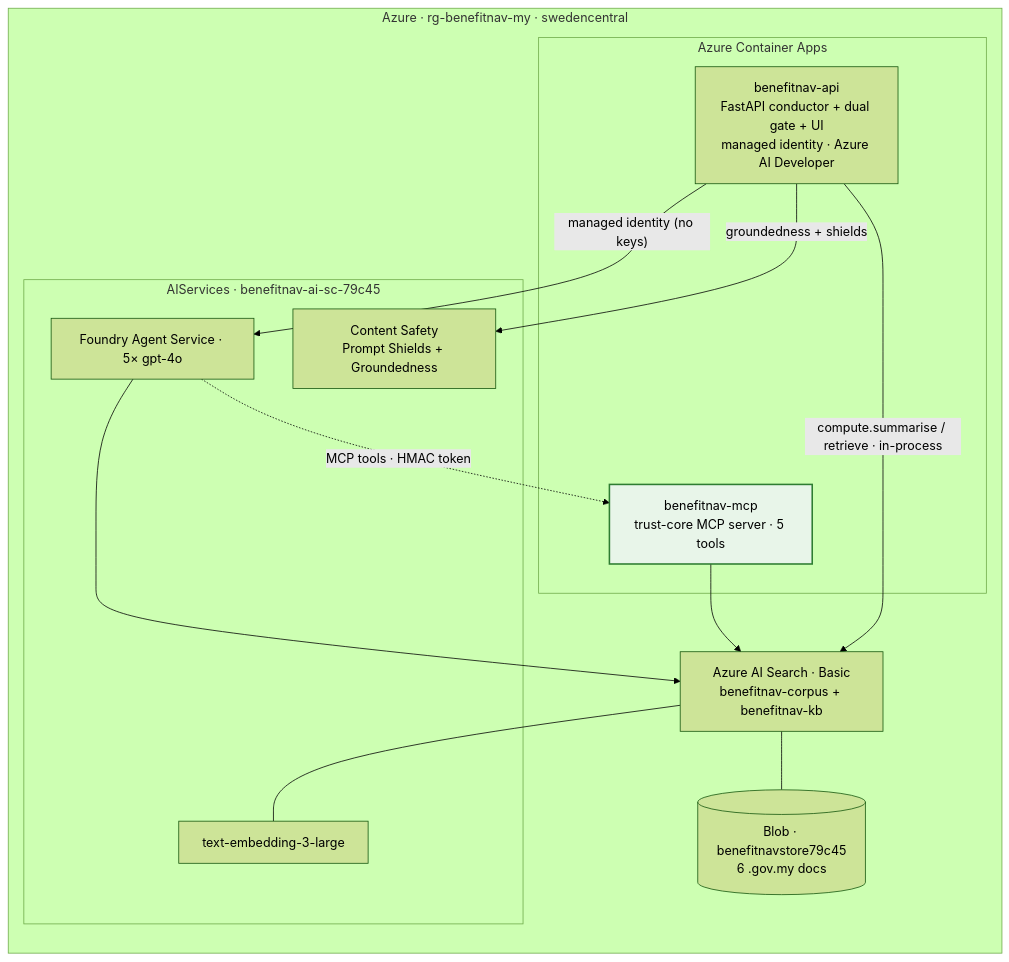
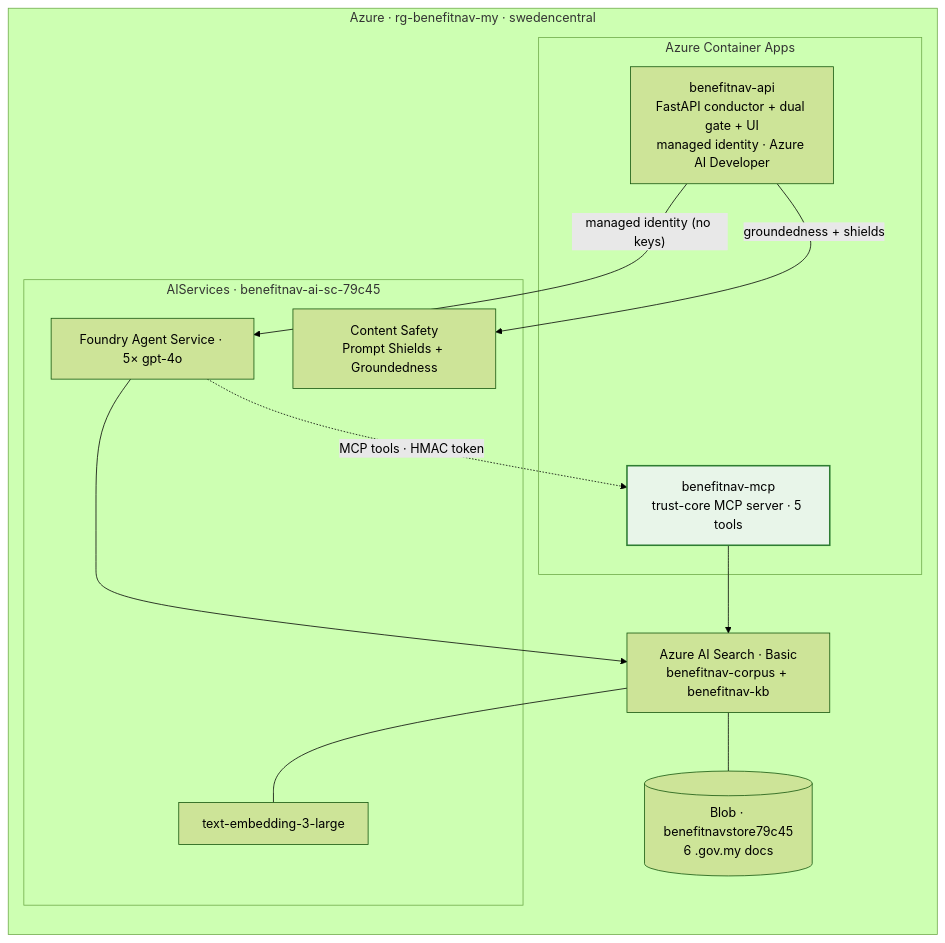
One commit to jipsy123/BenefitNavigator-MY changed the third of 3 diagrams in docs/ARCHITECTURE.md. Above: the diagram before and after it, drawn with Mermaid (forest theme). The commit also changed other lines of this file and 1 other file, not shown here.

Commit message:
docs: sync diagrams to live-Retrieval/fail-hard model (sequence hop, tool live/latent labels, footnote anchor)

````diff
--- a/docs/ARCHITECTURE.md
+++ b/docs/ARCHITECTURE.md
@@ -142,29 +145,28 @@
 ```mermaid
 flowchart LR
     subgraph RG["Azure · rg-benefitnav-my · swedencentral"]
         direction TB
         subgraph ACA["Azure Container Apps"]
             API["benefitnav-api<br/>FastAPI conductor + dual gate + UI<br/>managed identity · Azure AI Developer"]
             MCPC["benefitnav-mcp<br/>trust-core MCP server · 5 tools"]
         end
         subgraph AISVC["AIServices · benefitnav-ai-sc-79c45"]
             AGENTS["Foundry Agent Service · 5× gpt-4o"]
             CS["Content Safety<br/>Prompt Shields + Groundedness"]
             EMB["text-embedding-3-large"]
         end
         SEARCH["Azure AI Search · Basic<br/>benefitnav-corpus + benefitnav-kb"]
         BLOB[("Blob · benefitnavstore79c45<br/>6 .gov.my docs")]
     end
 
     API -->|"managed identity (no keys)"| AGENTS
-    API -->|"compute.summarise / retrieve · in-process"| SEARCH
     API -->|"groundedness + shields"| CS
     AGENTS -.->|"MCP tools · HMAC token"| MCPC
     AGENTS --> SEARCH
     MCPC --> SEARCH
     SEARCH --- EMB
     SEARCH --- BLOB
 
     classDef trust fill:#e8f5e9,stroke:#2e7d32,stroke-width:2px;
     class MCPC trust;
 ```
````
